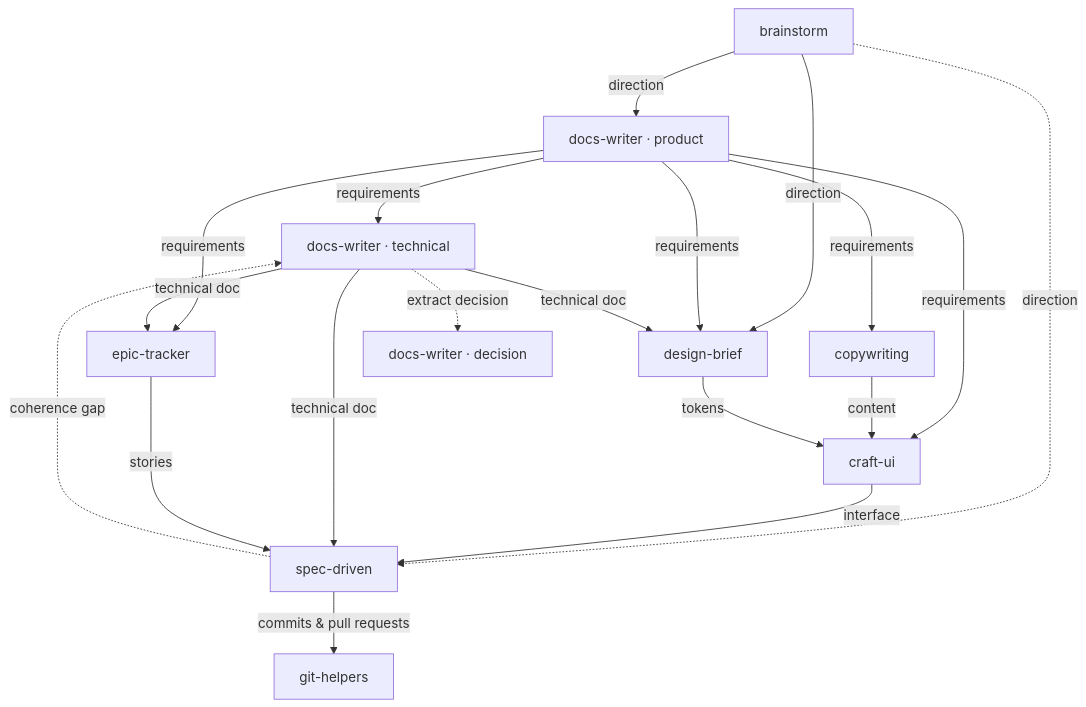
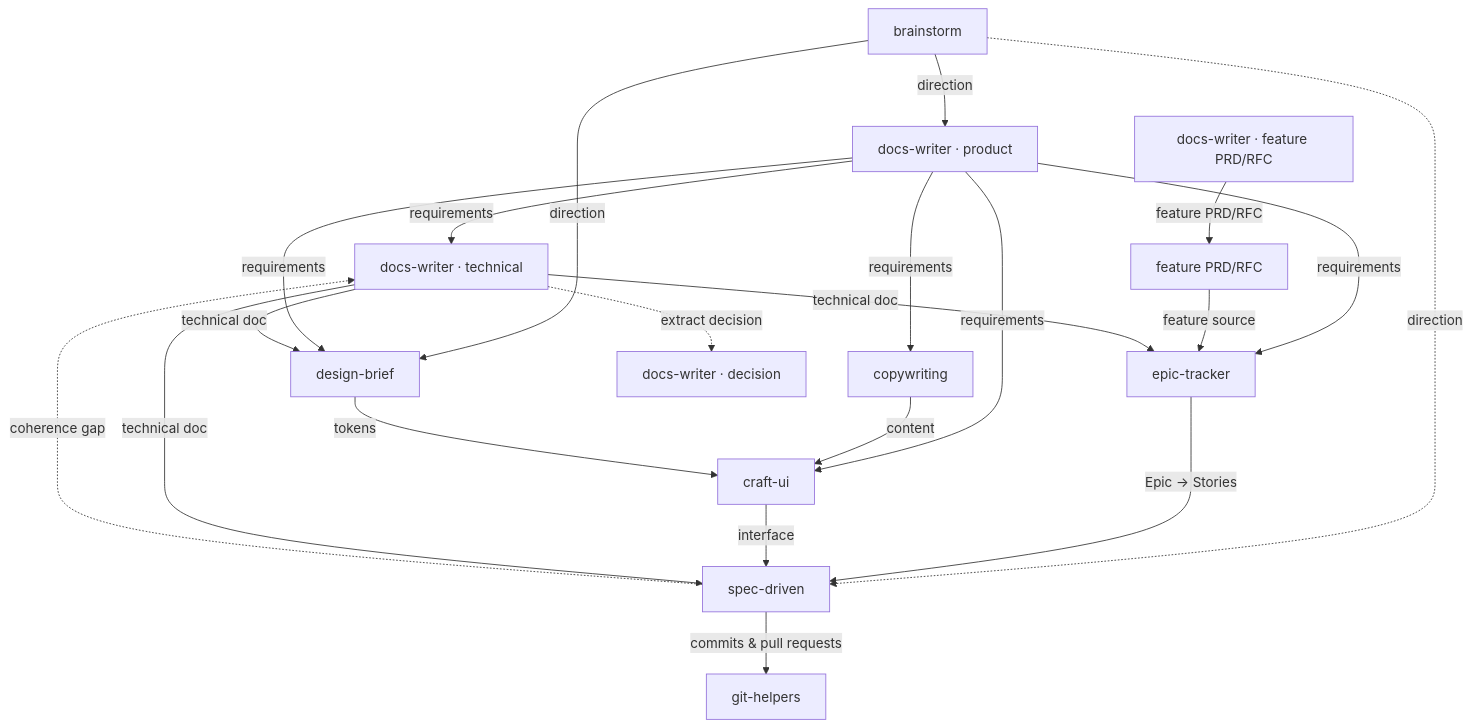
The diagram in README.md (adeonir/agent-skills), drawn with Mermaid before and after one commit. The commit also changed other lines of this file and 2 other files, not shown here.

````diff
--- a/README.md
+++ b/README.md
@@ -60,21 +60,23 @@
 ```mermaid
 flowchart TD
     BR[brainstorm] -->|direction| DW_PRD[docs-writer · product]
     BR -->|direction| DB[design-brief]
     BR -.->|direction| SD[spec-driven]
     DW_PRD -->|requirements| DW_DD[docs-writer · technical]
     DW_PRD -->|requirements| ET[epic-tracker]
+    DW_FEATURE[docs-writer · feature PRD/RFC] -->|feature PRD/RFC| FPRD[feature PRD/RFC]
+    FPRD -->|feature source| ET
+    ET -->|Epic → Stories| SD
     DW_PRD -->|requirements| DB
     DW_PRD -->|requirements| CU[craft-ui]
     DW_PRD -->|requirements| CW[copywriting]
     CW -->|content| CU
     DB -->|tokens| CU
     CU -->|interface| SD
     DW_DD -->|technical doc| SD
     DW_DD -->|technical doc| ET
     DW_DD -->|technical doc| DB
     DW_DD -.->|extract decision| DW_ADR[docs-writer · decision]
-    ET -->|stories| SD
     SD -->|commits & pull requests| GH[git-helpers]
     SD -.->|coherence gap| DW_DD
 ```
````
